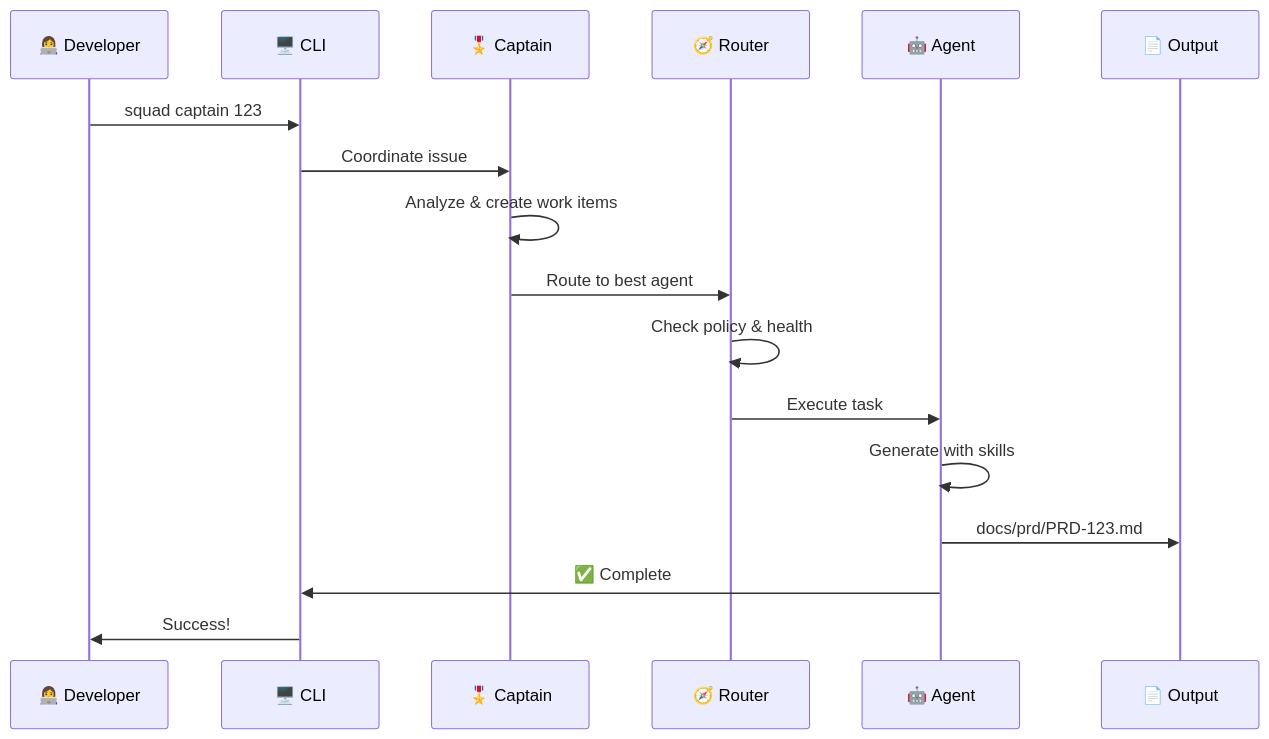
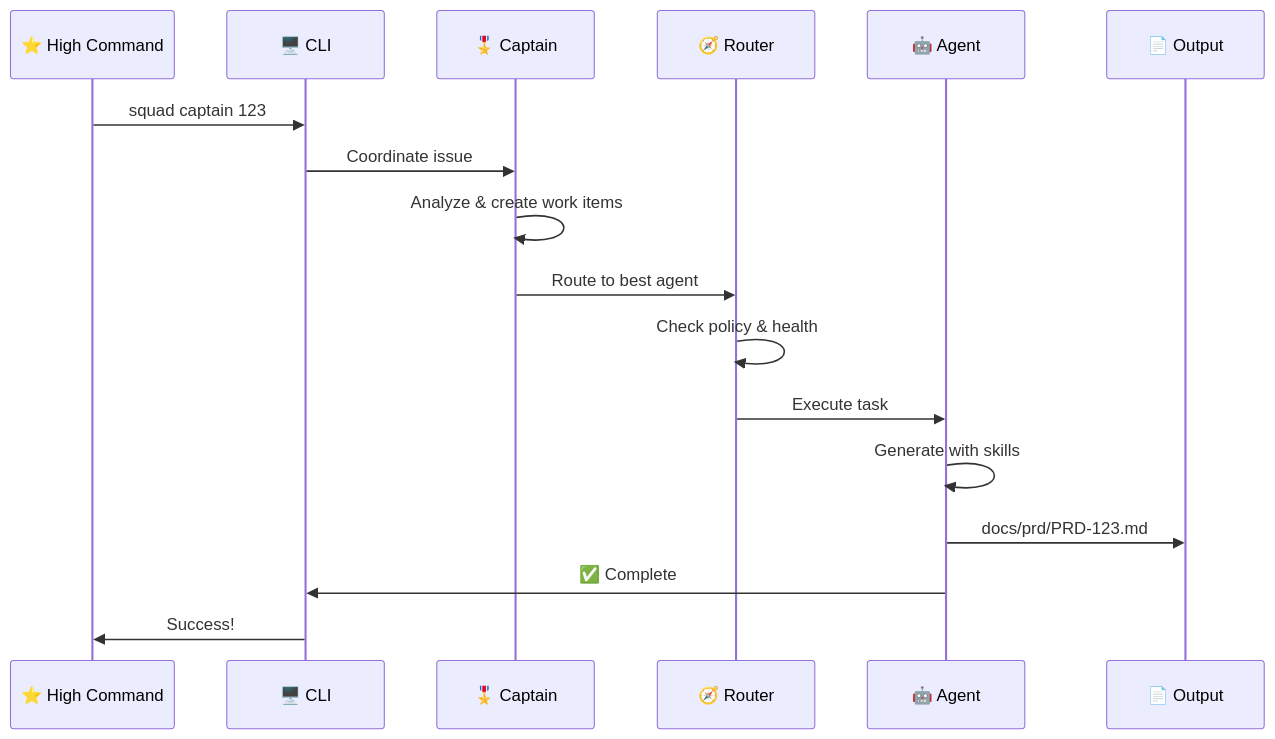
One commit to jnPiyush/AI-Squad changed the second of 8 diagrams in README.md. Above: the diagram before and after it, drawn with Mermaid. The commit also changed other lines of this file and 2 other files, not shown here.

First line of the commit message:
chore: Update terminology - Developer → High Command

````diff
--- a/README.md
+++ b/README.md
@@ -94,20 +94,20 @@
 ```mermaid
 sequenceDiagram
-    participant Dev as 👩‍💻 Developer
+    participant Dev as ⭐ High Command
     participant CLI as 🖥️ CLI
     participant Captain as 🎖️ Captain
     participant Router as 🧭 Router
     participant Agent as 🤖 Agent
     participant Output as 📄 Output
     
     Dev->>CLI: squad captain 123
     CLI->>Captain: Coordinate issue #123
     Captain->>Captain: Analyze & create work items
     Captain->>Router: Route to best agent
     Router->>Router: Check policy & health
     Router->>Agent: Execute task
     Agent->>Agent: Generate with skills
     Agent->>Output: docs/prd/PRD-123.md
     Agent->>CLI: ✅ Complete
     CLI->>Dev: Success!
 ```
````
